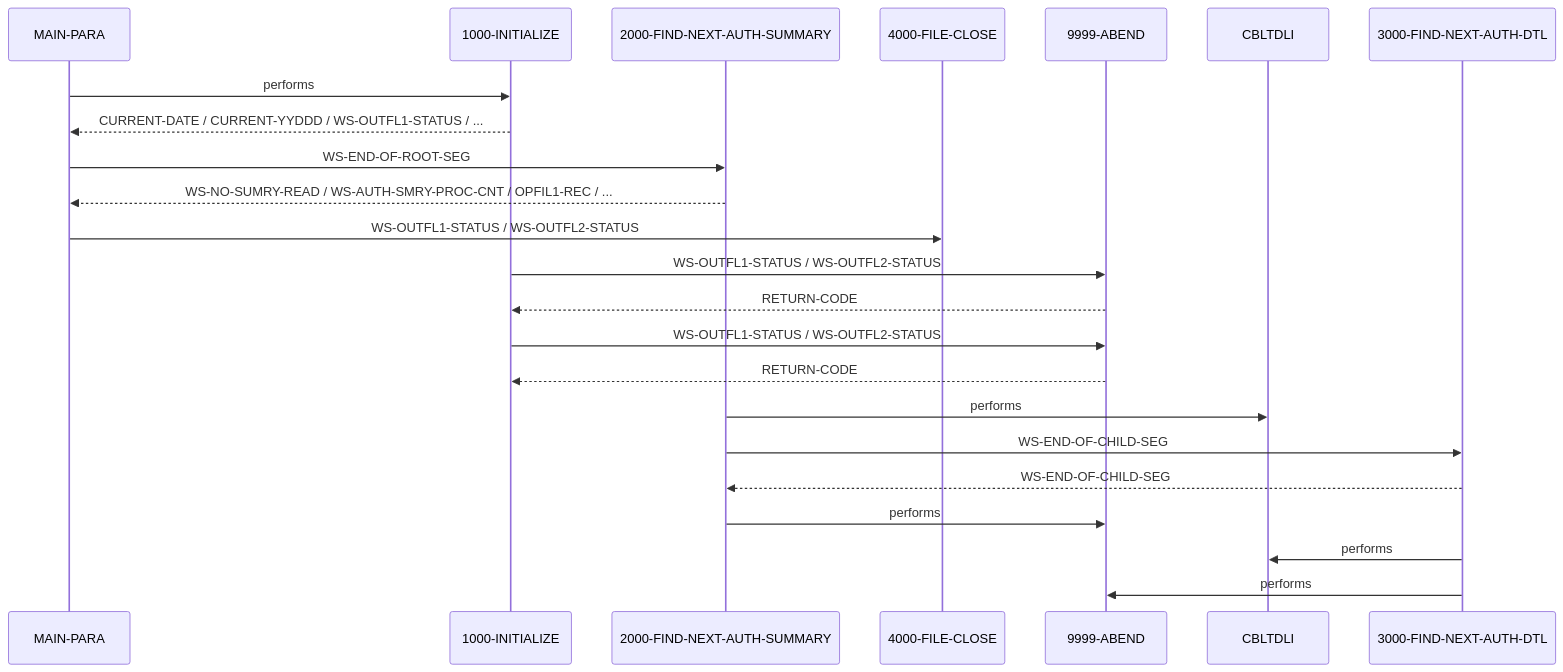
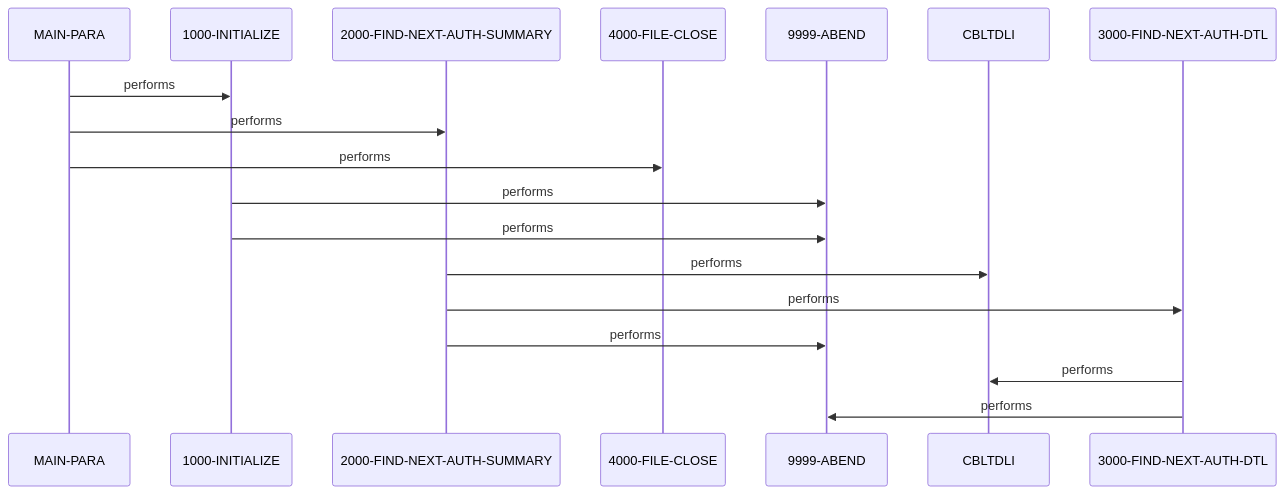
One commit to andrasfe/war_rig changed the second of 2 diagrams in example_output/cbl/PAUDBUNL.CBL.md. Above: the diagram before and after it, drawn with Mermaid. The commit also changed other lines of this file and 264 other files, not shown here.

````diff
--- a/example_output/cbl/PAUDBUNL.CBL.md
+++ b/example_output/cbl/PAUDBUNL.CBL.md
@@ -93,25 +102,20 @@
 ```mermaid
 sequenceDiagram
     participant MAIN_PARA as MAIN-PARA
     participant 1000_INITIALIZE as 1000-INITIALIZE
     participant 2000_FIND_NEXT_AUTH_SUMMARY as 2000-FIND-NEXT-AUTH-SUMMARY
     participant 4000_FILE_CLOSE as 4000-FILE-CLOSE
     participant 9999_ABEND as 9999-ABEND
     participant CBLTDLI as CBLTDLI
     participant 3000_FIND_NEXT_AUTH_DTL as 3000-FIND-NEXT-AUTH-DTL
     MAIN_PARA->>1000_INITIALIZE: performs
-    1000_INITIALIZE-->>MAIN_PARA: CURRENT-DATE / CURRENT-YYDDD / WS-OUTFL1-STATUS / ...
-    MAIN_PARA->>2000_FIND_NEXT_AUTH_SUMMARY: WS-END-OF-ROOT-SEG
-    2000_FIND_NEXT_AUTH_SUMMARY-->>MAIN_PARA: WS-NO-SUMRY-READ / WS-AUTH-SMRY-PROC-CNT / OPFIL1-REC / ...
-    MAIN_PARA->>4000_FILE_CLOSE: WS-OUTFL1-STATUS / WS-OUTFL2-STATUS
-    1000_INITIALIZE->>9999_ABEND: WS-OUTFL1-STATUS / WS-OUTFL2-STATUS
-    9999_ABEND-->>1000_INITIALIZE: RETURN-CODE
-    1000_INITIALIZE->>9999_ABEND: WS-OUTFL1-STATUS / WS-OUTFL2-STATUS
-    9999_ABEND-->>1000_INITIALIZE: RETURN-CODE
+    MAIN_PARA->>2000_FIND_NEXT_AUTH_SUMMARY: performs
+    MAIN_PARA->>4000_FILE_CLOSE: performs
+    1000_INITIALIZE->>9999_ABEND: performs
+    1000_INITIALIZE->>9999_ABEND: performs
     2000_FIND_NEXT_AUTH_SUMMARY->>CBLTDLI: performs
-    2000_FIND_NEXT_AUTH_SUMMARY->>3000_FIND_NEXT_AUTH_DTL: WS-END-OF-CHILD-SEG
-    3000_FIND_NEXT_AUTH_DTL-->>2000_FIND_NEXT_AUTH_SUMMARY: WS-END-OF-CHILD-SEG
+    2000_FIND_NEXT_AUTH_SUMMARY->>3000_FIND_NEXT_AUTH_DTL: performs
     2000_FIND_NEXT_AUTH_SUMMARY->>9999_ABEND: performs
     3000_FIND_NEXT_AUTH_DTL->>CBLTDLI: performs
     3000_FIND_NEXT_AUTH_DTL->>9999_ABEND: performs
 ```
````
